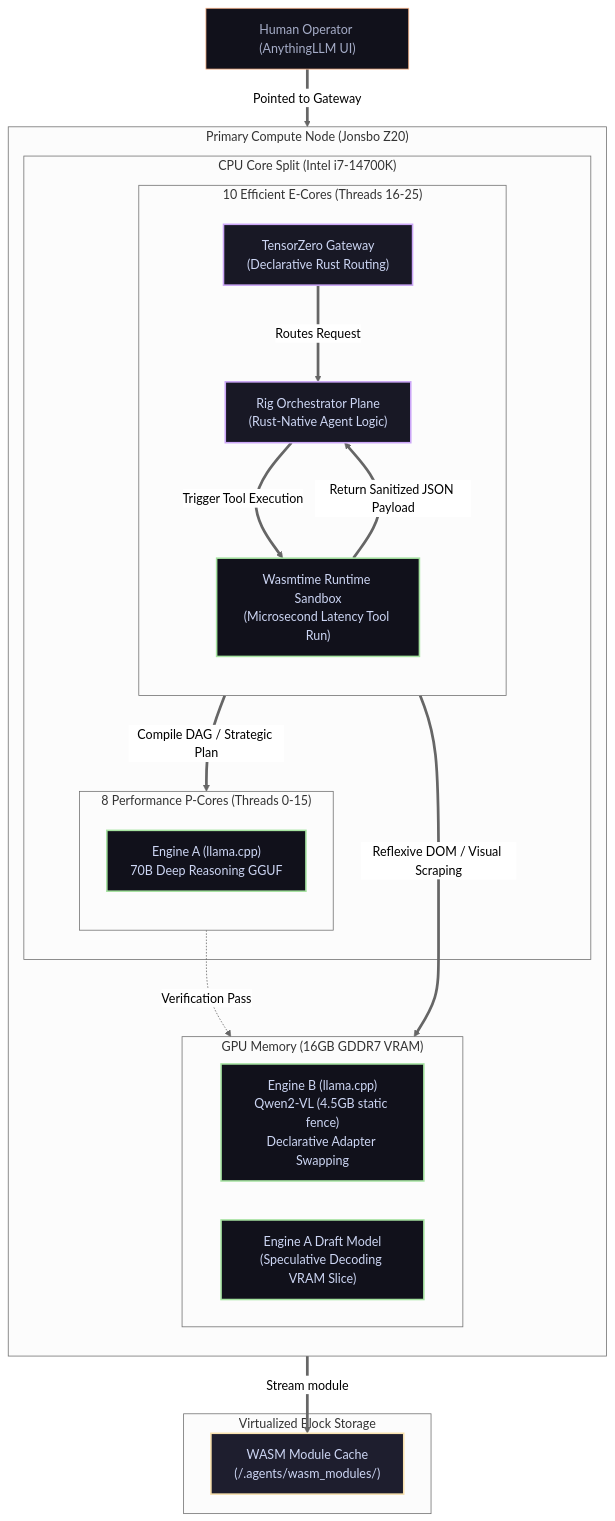
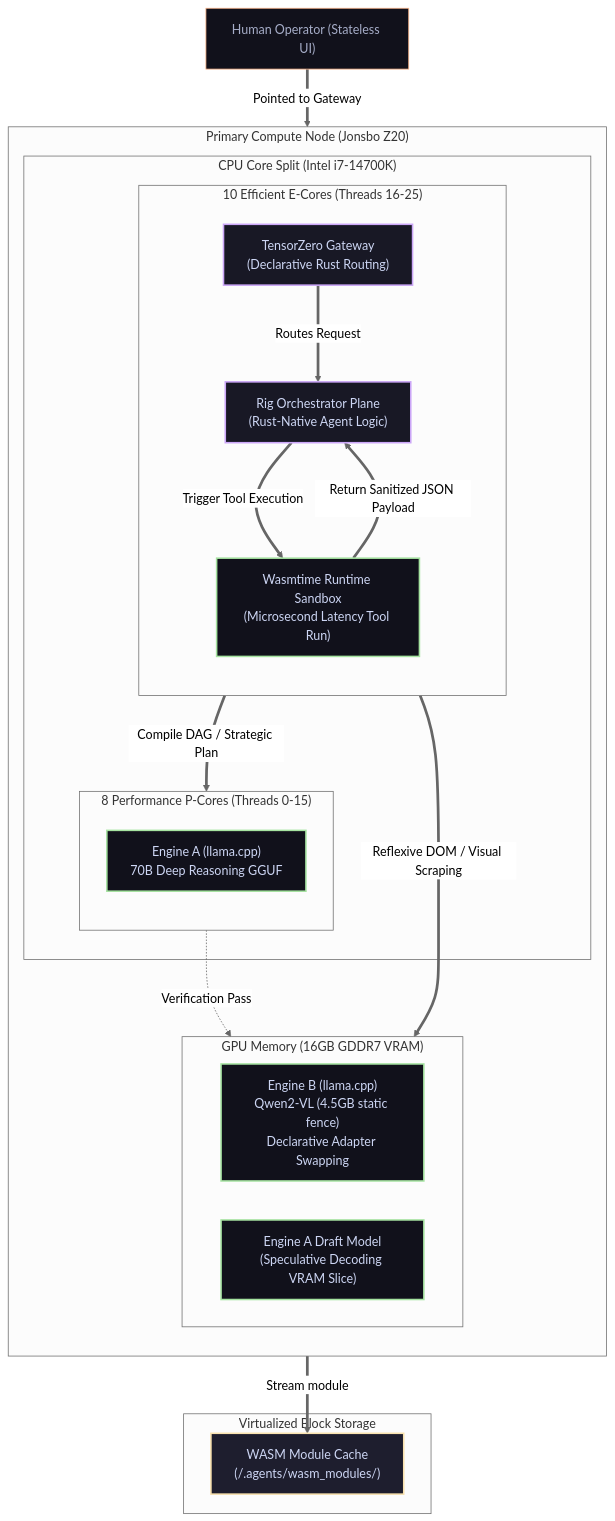
The diagram in docs/08. Agent Workflows & UI Layer.md (foersben/janus-synapse-edge), drawn with Mermaid (neutral theme) before and after one commit. The commit also changed other lines of this file and 16 other files, not shown here.

First line of the commit message:
docs: resolve core architectural contradictions and upgrade validation rules

````diff
--- a/docs/08. Agent Workflows & UI Layer.md
+++ b/docs/08. Agent Workflows & UI Layer.md
@@ -38,53 +38,53 @@
 ```mermaid
 flowchart TD
     %% Styling Definitions
     classDef hardware fill:#181825,stroke:#89b4fa,stroke-width:2px,color:#cdd6f4
     classDef virtual fill:#11111b,stroke:#a6e3a1,stroke-width:2px,color:#cdd6f4
     classDef runtime fill:#181825,stroke:#cba6f7,stroke-width:2px,color:#cdd6f4
     classDef memory fill:#1e1e2e,stroke:#f9e2af,stroke-width:2px,color:#cdd6f4
     classDef switch fill:#11111b,stroke:#fab387,stroke-width:1px,color:#a6adc8
 
-    User["Human Operator (AnythingLLM UI)"]:::switch
+    User["Human Operator (Stateless UI)"]:::switch
 
     subgraph ComputeNode["Primary Compute Node (Jonsbo Z20)"]
         direction TB
 
         subgraph CoreAllocation["CPU Core Split (Intel i7-14700K)"]
             subgraph E_Cores["10 Efficient E-Cores (Threads 16-25)"]
                 direction TB
                 TZGateway["TensorZero Gateway<br/>(Declarative Rust Routing)"]:::runtime
                 RigEngine["Rig Orchestrator Plane<br/>(Rust-Native Agent Logic)"]:::runtime
                 Wasmtime["Wasmtime Runtime Sandbox<br/>(Microsecond Latency Tool Run)"]:::virtual
             end
 
             subgraph P_Cores["8 Performance P-Cores (Threads 0-15)"]
                 direction TB
                 EngineA["Engine A (llama.cpp)<br/>70B Deep Reasoning GGUF"]:::virtual
             end
         end
 
         subgraph BlackwellVRAM["GPU Memory (16GB GDDR7 VRAM)"]
             direction LR
             EngineB["Engine B (llama.cpp)<br/>Qwen2-VL (4.5GB static fence)<br/>Declarative Adapter Swapping"]:::virtual
             EngineA_VRAM["Engine A Draft Model<br/>(Speculative Decoding VRAM Slice)"]:::virtual
         end
     end
 
     subgraph LocalDisk["Virtualized Block Storage"]
         WASM_Dir["WASM Module Cache<br/>(/.agents/wasm_modules/)"]:::memory
     end
 
     %% Interactions and logic flow
     User ==>|"Pointed to Gateway"| TZGateway
     TZGateway ==>|"Routes Request"| RigEngine
 
     RigEngine ==>|"Compile DAG / Strategic Plan"| EngineA
     RigEngine ==>|"Reflexive DOM / Visual Scraping"| EngineB
     RigEngine ==>|"Trigger Tool Execution"| Wasmtime
 
     Wasmtime ==>|"Stream module"| WASM_Dir
     Wasmtime ==>|"Return Sanitized JSON Payload"| RigEngine
 
     %% Speculative decoding CPU/GPU link
     EngineA -. "Verification Pass" .-> EngineA_VRAM
 ```
````
